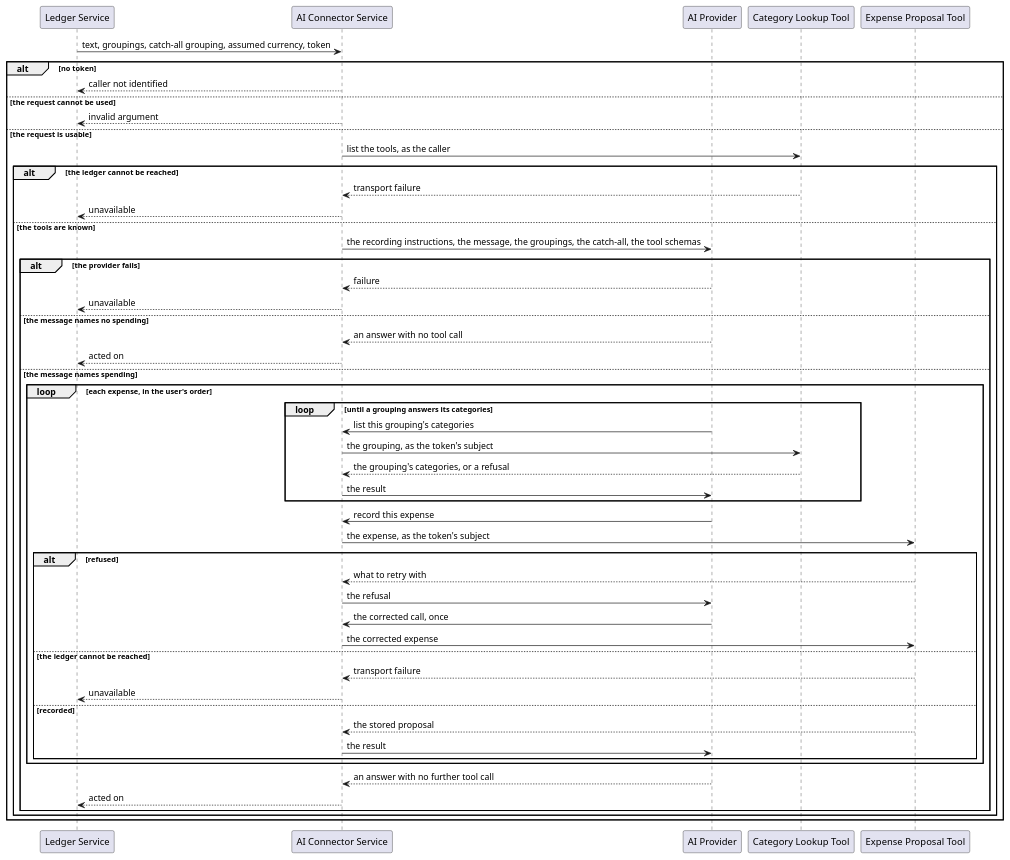
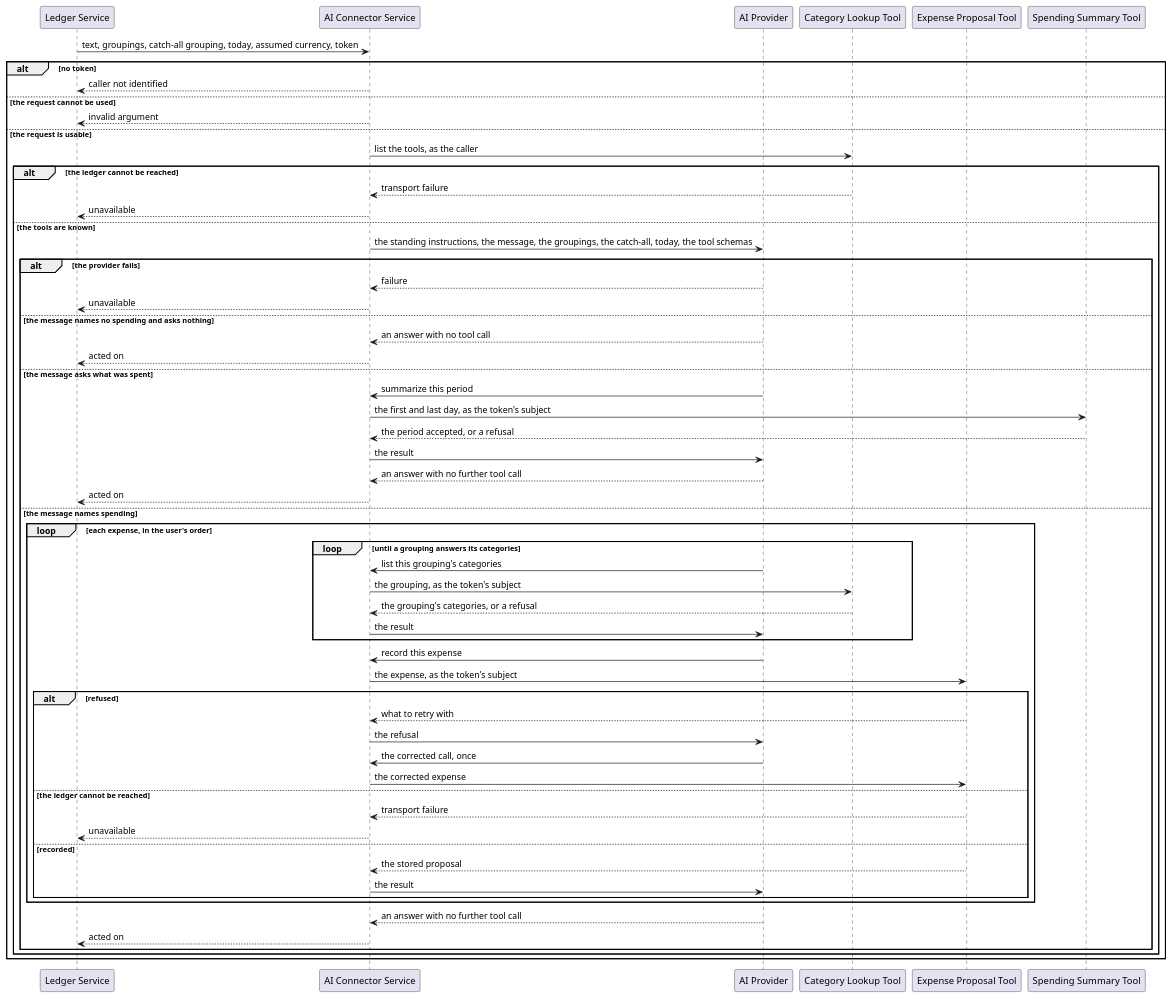
The second of 2 diagrams in ai-connector-service/docs/usecases/extract-intents.md (ds-usova/finance-bot), drawn with PlantUML before and after one commit. The commit also changed other lines of this file and 166 other files, not shown here.

First line of the commit message:
Feature: summarize spending (#7)

````diff
--- a/ai-connector-service/docs/usecases/extract-intents.md
+++ b/ai-connector-service/docs/usecases/extract-intents.md
@@ -105,61 +115,69 @@
 ```plantuml
 @startuml ExtractIntents-Sequence
 participant "Ledger Service" as Caller
 participant "AI Connector Service" as Service
 participant "AI Provider" as Provider
 participant "Category Lookup Tool" as Lookup
 participant "Expense Proposal Tool" as Tool
+participant "Spending Summary Tool" as Summary
 
-Caller -> Service : text, groupings, catch-all grouping, assumed currency, token
+Caller -> Service : text, groupings, catch-all grouping, today, assumed currency, token
 
 alt no token
     Service --> Caller : caller not identified
 else the request cannot be used
     Service --> Caller : invalid argument
 else the request is usable
     Service -> Lookup : list the tools, as the caller
 
     alt the ledger cannot be reached
         Lookup --> Service : transport failure
         Service --> Caller : unavailable
     else the tools are known
-        Service -> Provider : the recording instructions, the message, the groupings, the catch-all, the tool schemas
+        Service -> Provider : the standing instructions, the message, the groupings, the catch-all, today, the tool schemas
 
         alt the provider fails
             Provider --> Service : failure
             Service --> Caller : unavailable
-        else the message names no spending
+        else the message names no spending and asks nothing
             Provider --> Service : an answer with no tool call
+            Service --> Caller : acted on
+        else the message asks what was spent
+            Provider -> Service : summarize this period
+            Service -> Summary : the first and last day, as the token's subject
+            Summary --> Service : the period accepted, or a refusal
+            Service -> Provider : the result
+            Provider --> Service : an answer with no further tool call
             Service --> Caller : acted on
         else the message names spending
             loop each expense, in the user's order
                 loop until a grouping answers its categories
                     Provider -> Service : list this grouping's categories
                     Service -> Lookup : the grouping, as the token's subject
                     Lookup --> Service : the grouping's categories, or a refusal
                     Service -> Provider : the result
                 end
 
                 Provider -> Service : record this expense
                 Service -> Tool : the expense, as the token's subject
 
                 alt refused
                     Tool --> Service : what to retry with
                     Service -> Provider : the refusal
                     Provider -> Service : the corrected call, once
                     Service -> Tool : the corrected expense
                 else the ledger cannot be reached
                     Tool --> Service : transport failure
                     Service --> Caller : unavailable
                 else recorded
                     Tool --> Service : the stored proposal
                     Service -> Provider : the result
                 end
             end
             Provider --> Service : an answer with no further tool call
             Service --> Caller : acted on
         end
     end
 end
 @enduml
 ```
````
